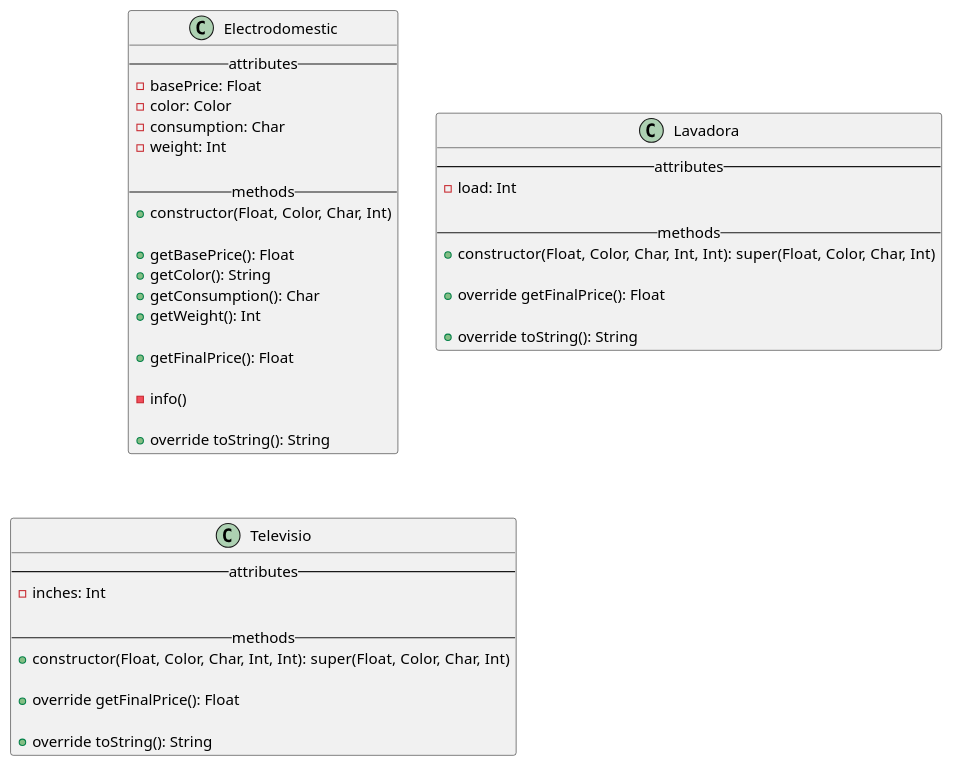
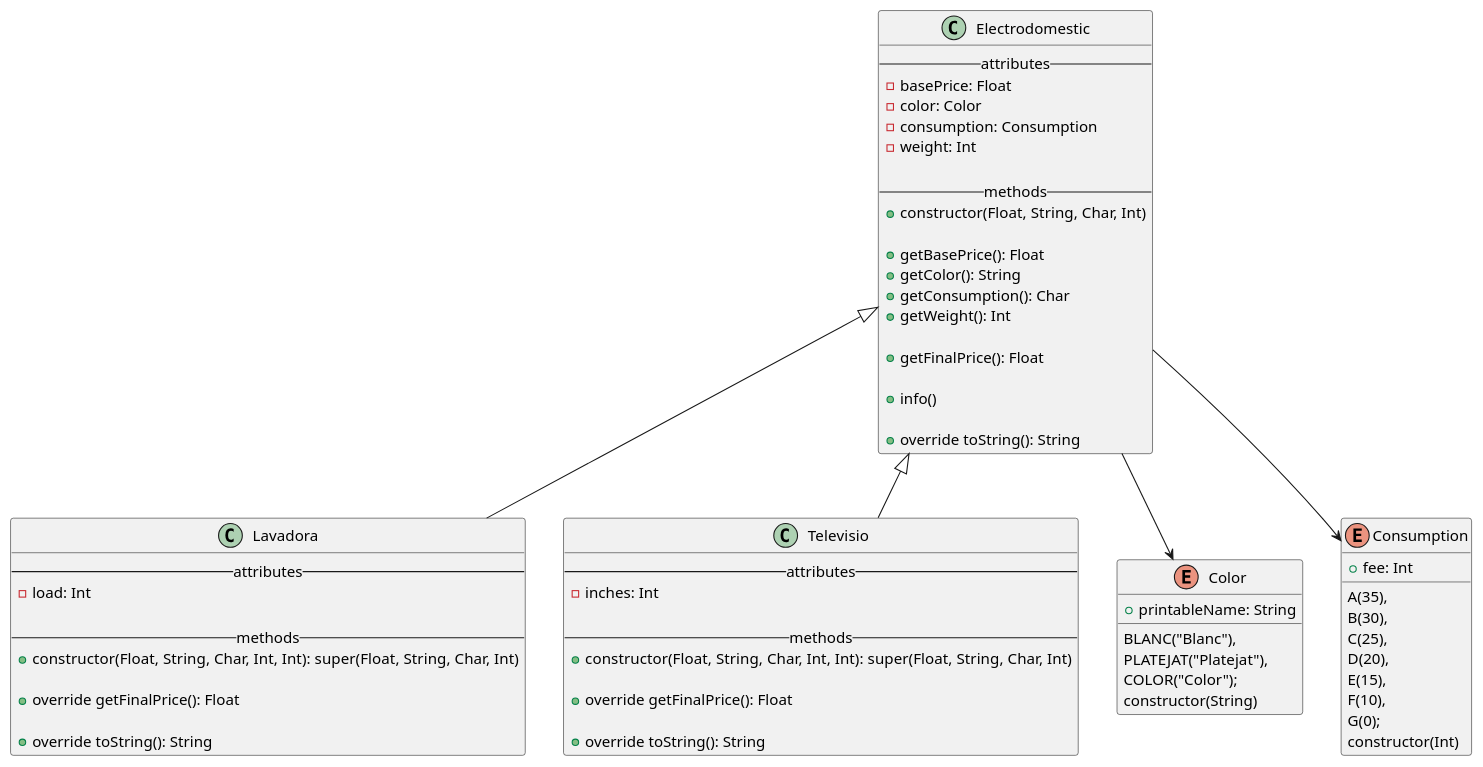
The second of 2 diagrams in README.md (picuu/itb-poo), drawn with PlantUML before and after one commit.

Commit message:
update UML code of activity 8

````diff
--- a/README.md
+++ b/README.md
@@ -103,49 +103,80 @@
 ```uml
 @startuml
 class Electrodomestic {
 -- attributes --
 - basePrice: Float
 - color: Color
-- consumption: Char
+- consumption: Consumption
 - weight: Int
 
 -- methods --
-+ constructor(Float, Color, Char, Int)
++ constructor(Float, String, Char, Int)
 
 + getBasePrice(): Float
 + getColor(): String
 + getConsumption(): Char
 + getWeight(): Int
 
 + getFinalPrice(): Float
 
-- info()
++ info()
 
 + override toString(): String
 }
 
 class Lavadora {
 -- attributes --
 - load: Int
 
 -- methods --
-+ constructor(Float, Color, Char, Int, Int): super(Float, Color, Char, Int)
++ constructor(Float, String, Char, Int, Int): super(Float, String, Char, Int)
 
 + override getFinalPrice(): Float
 
 + override toString(): String
 }
 
 class Televisio {
 -- attributes --
 - inches: Int
 
 -- methods --
-+ constructor(Float, Color, Char, Int, Int): super(Float, Color, Char, Int)
++ constructor(Float, String, Char, Int, Int): super(Float, String, Char, Int)
 
 + override getFinalPrice(): Float
 
 + override toString(): String
 }
+
+enum Color {
+    BLANC("Blanc"),
+    PLATEJAT("Platejat"),
+    COLOR("Color");
+
+    + printableName: String
+
+    constructor(String)
+}
+
+enum Consumption {
+    A(35),
+    B(30),
+    C(25),
+    D(20),
+    E(15),
+    F(10),
+    G(0);
+
+    + fee: Int
+
+    constructor(Int)
+}
+
+Electrodomestic <|-- Lavadora
+Electrodomestic <|-- Televisio
+
+Electrodomestic --> Color
+Electrodomestic --> Consumption
+@enduml
 @enduml
 ```
````
